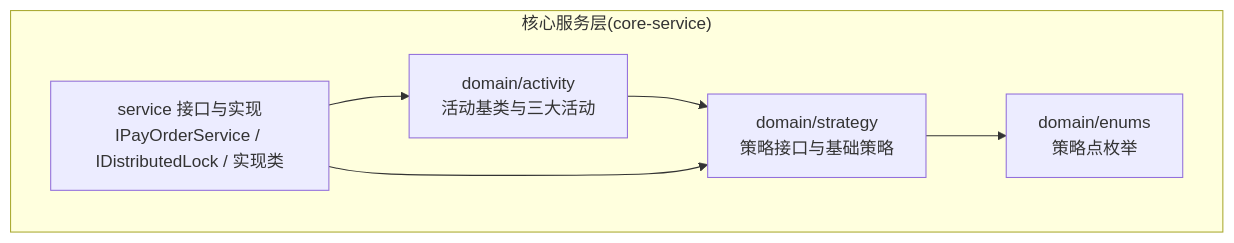
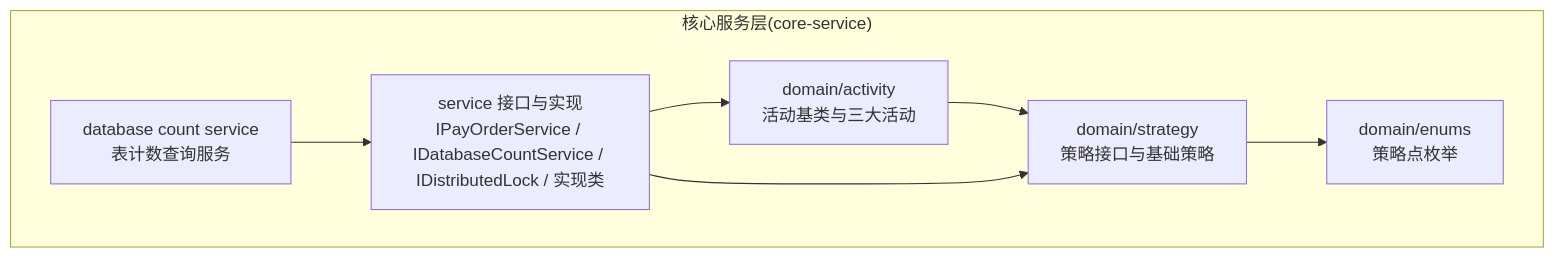
Before and after one commit to magicliang/domain-driven-transaction-sys: the first of 8 diagrams in .qoder/repowiki/zh/content/核心模块详解/核心服务层/核心服务层.md, drawn with Mermaid. The commit also changed other lines of this file and 37 other files, not shown here.

````diff
--- a/.qoder/repowiki/zh/content/核心模块详解/核心服务层/核心服务层.md
+++ b/.qoder/repowiki/zh/content/核心模块详解/核心服务层/核心服务层.md
@@ -45,13 +62,15 @@
 ```mermaid
 graph TB
 subgraph "核心服务层(core-service)"
 A["domain/activity<br/>活动基类与三大活动"]
 B["domain/strategy<br/>策略接口与基础策略"]
 C["domain/enums<br/>策略点枚举"]
-D["service 接口与实现<br/>IPayOrderService / IDistributedLock / 实现类"]
+D["service 接口与实现<br/>IPayOrderService / IDatabaseCountService / IDistributedLock / 实现类"]
+E["database count service<br/>表计数查询服务"]
 end
 A --> B
 B --> C
 D --> A
 D --> B
+E --> D
 ```
````
